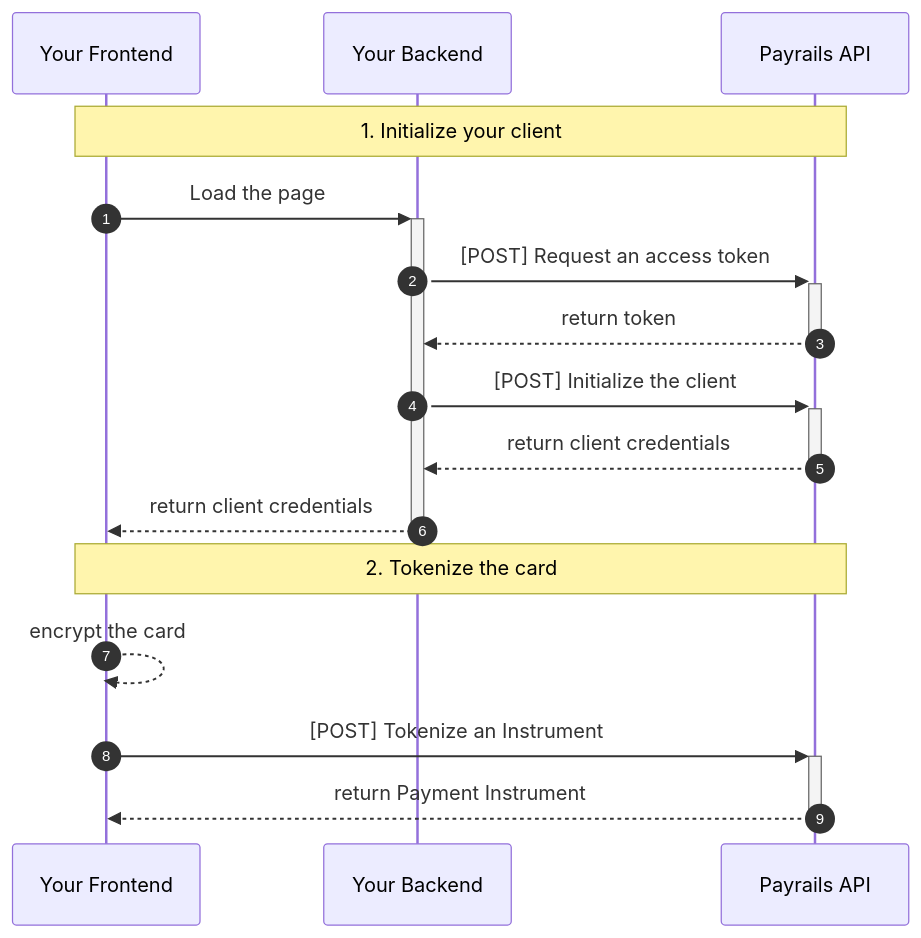
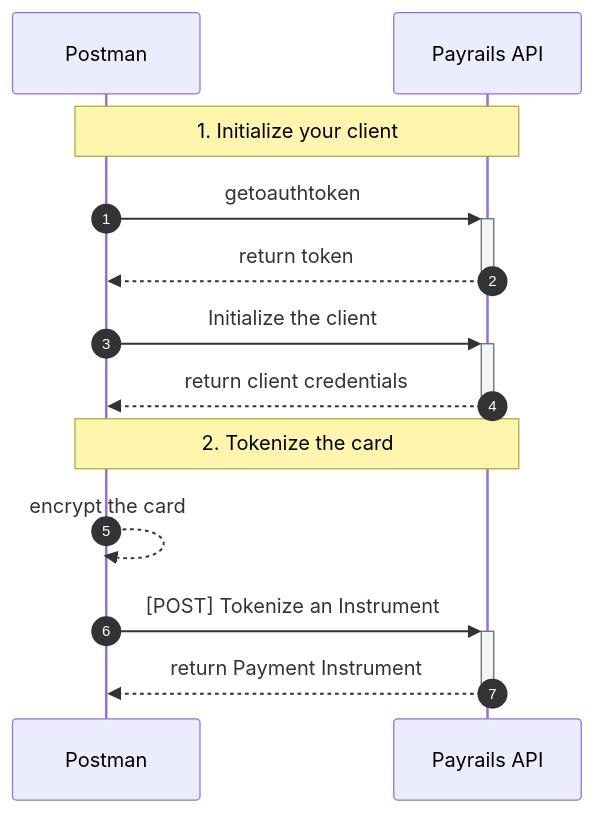
One commit to payrails/payrails-product-assessment changed the diagram in README.md. Above: the diagram before and after it, drawn with Mermaid. The commit also changed other lines of this file and 6 other files, not shown here.

````diff
--- a/README.md
+++ b/README.md
@@ -54,21 +38,18 @@
 ```mermaid
 sequenceDiagram
     autonumber
 
-    participant client as Your Frontend
-    participant backend as Your Backend
+    participant client as Postman
     participant payrails as Payrails API
 
     Note over client,payrails: 1. Initialize your client
-    client->>+backend: Load the page
-    backend->>+payrails: [POST] Request an access token
-    payrails-->>-backend: return token
-    backend->>+payrails: [POST] Initialize the client
-    payrails-->>-backend: return client credentials
-    backend-->>-client: return client credentials
+    client->>+payrails: getoauthtoken
+    payrails-->>-client: return token
+    client->>+payrails: Initialize the client
+    payrails-->>-client: return client credentials
 
     Note over client,payrails: 2. Tokenize the card
     client-->>client: encrypt the card
     client->>+payrails: [POST] Tokenize an Instrument
     payrails-->>-client: return Payment Instrument
 ```
````
